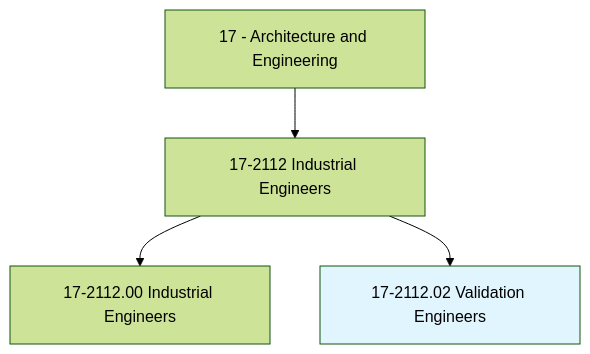
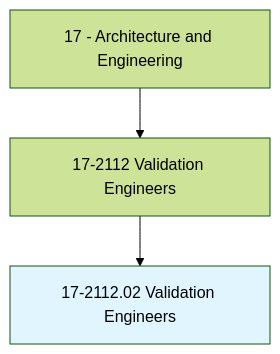
Before and after one commit to kziemski/business.org.ai: the first of 4 diagrams in occupations/Architecture/ValidationEngineers.mdx, drawn with Mermaid (forest theme). The commit also changed other lines of this file and 938 other files, not shown here.

````diff
--- a/occupations/Architecture/ValidationEngineers.mdx
+++ b/occupations/Architecture/ValidationEngineers.mdx
@@ -19,7 +23,6 @@
 ```mermaid
 graph TD
-    Cat17["17 - Architecture and Engineering"] --> Group172112["17-2112 Industrial Engineers"]
-    Group172112 --> Base["17-2112.00 Industrial Engineers"]
+    Cat17["17 - Architecture and Engineering"] --> Group172112["17-2112 Validation Engineers"]
     Group172112 --> Current["17-2112.02 Validation Engineers"]
     style Current fill:#e1f5fe
 ```
````
